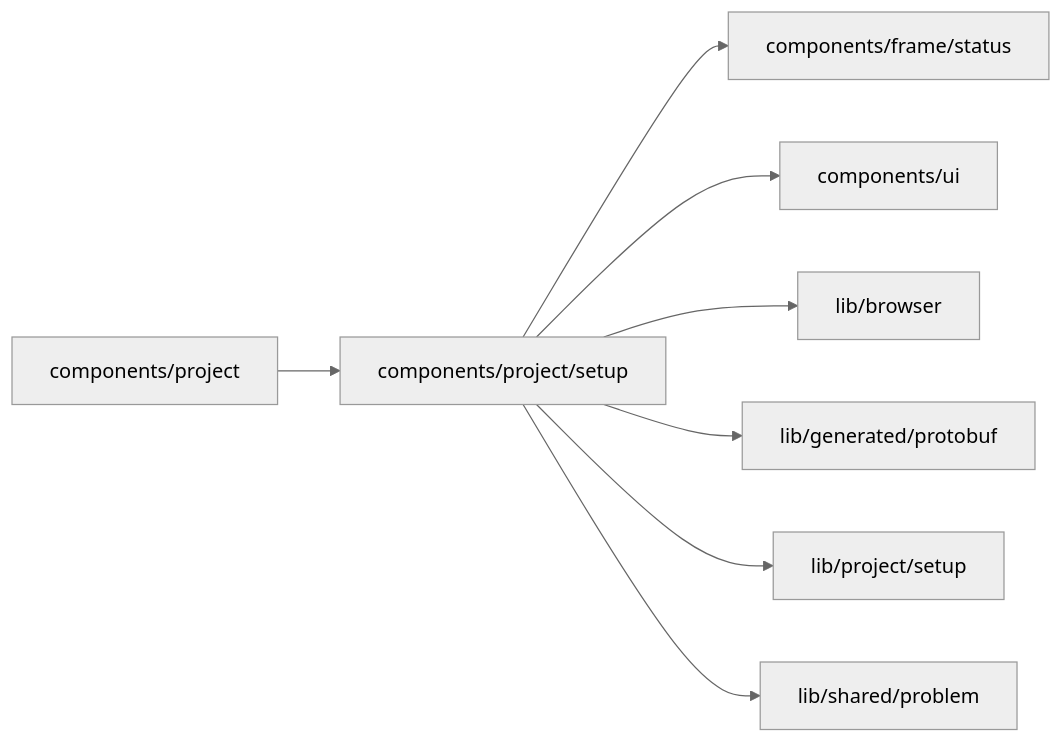
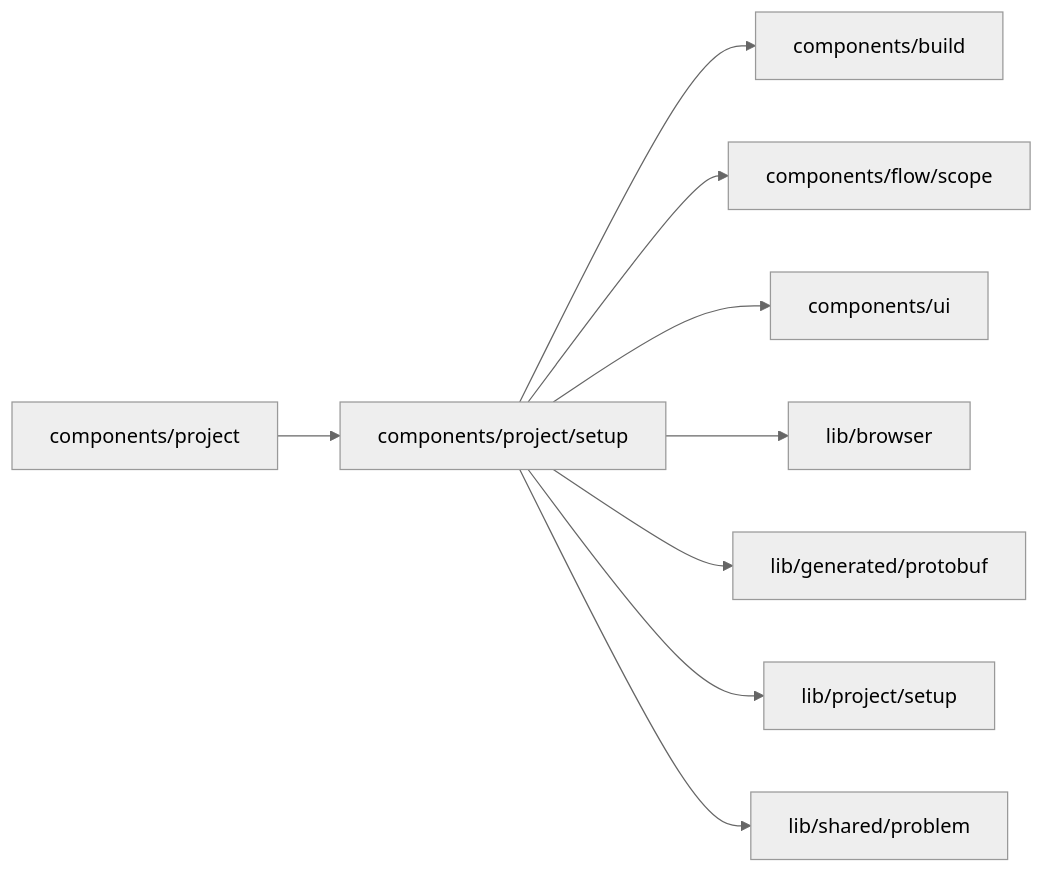
One commit to superdurable/superverse changed the diagram in web/studio/components/project/setup/README.md. Above: the diagram before and after it, drawn with Mermaid (neutral theme). The commit also changed other lines of this file and 47 other files, not shown here.

````diff
--- a/web/studio/components/project/setup/README.md
+++ b/web/studio/components/project/setup/README.md
@@ -10,11 +10,12 @@
 ```mermaid
 flowchart LR
   self["components/project/setup"]
   c0["components/project"] --> self
-  self --> d0["components/frame/status"]
-  self --> d1["components/ui"]
-  self --> d2["lib/browser"]
-  self --> d3["lib/generated/protobuf"]
-  self --> d4["lib/project/setup"]
-  self --> d5["lib/shared/problem"]
+  self --> d0["components/build"]
+  self --> d1["components/flow/scope"]
+  self --> d2["components/ui"]
+  self --> d3["lib/browser"]
+  self --> d4["lib/generated/protobuf"]
+  self --> d5["lib/project/setup"]
+  self --> d6["lib/shared/problem"]
 ```
````
